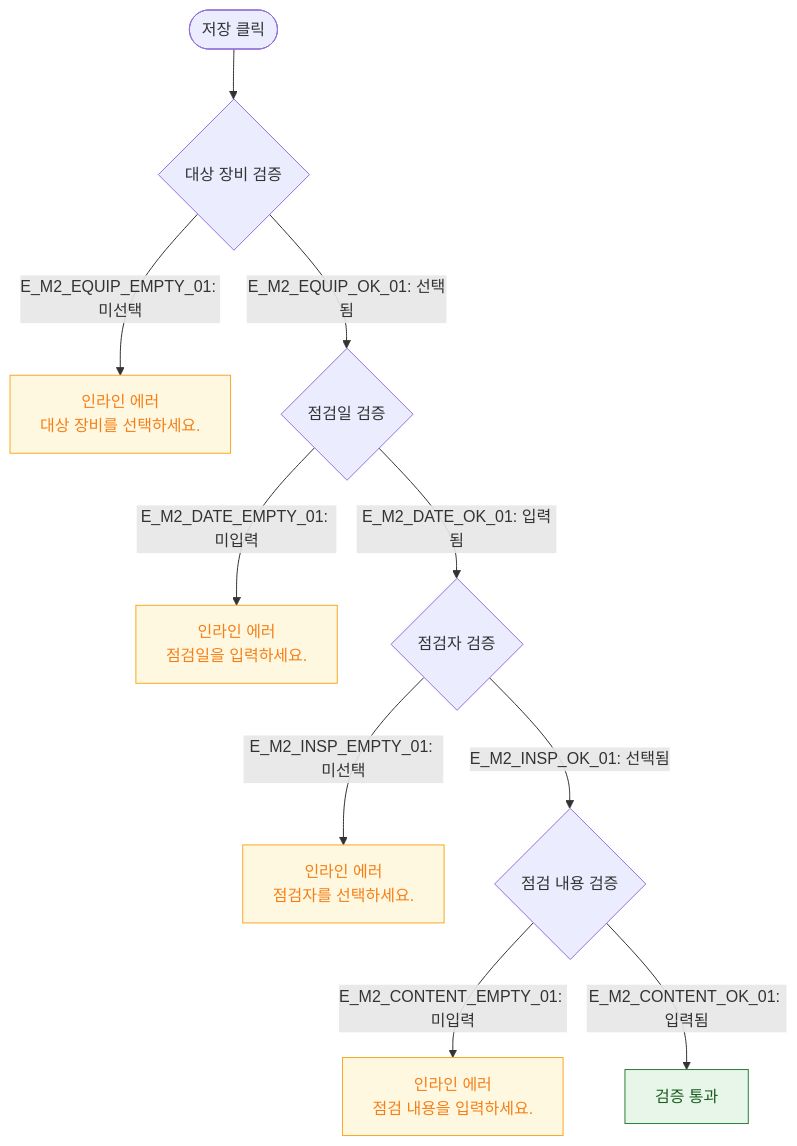
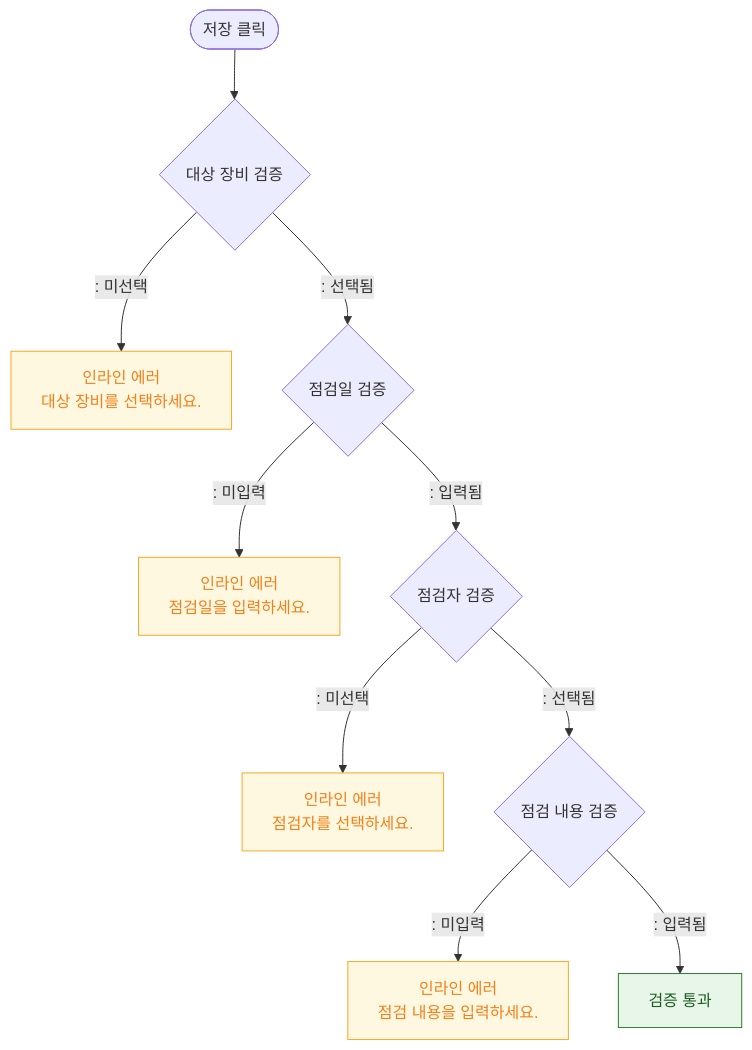
Before and after one commit to dev-spogym/admin-pando: the diagram in docs/다이어그램/D06_시설관리/DLG/DLG-056-002_점검등록/M2_필드검증.md, drawn with Mermaid. The commit also changed other lines of this file and 1660 other files, not shown here.

First line of the commit message:
다이어그램: 기획자/클라이언트 납품본으로 정리

````diff
--- a/docs/다이어그램/D06_시설관리/DLG/DLG-056-002_점검등록/M2_필드검증.md
+++ b/docs/다이어그램/D06_시설관리/DLG/DLG-056-002_점검등록/M2_필드검증.md
@@ -16,17 +14,17 @@
 ```mermaid
 flowchart TD
     SUBMIT([저장 클릭]) --> V1{대상 장비 검증}
-    V1 -->|"E_M2_EQUIP_EMPTY_01: 미선택"| ErrEquip[인라인 에러\n대상 장비를 선택하세요.]
-    V1 -->|"E_M2_EQUIP_OK_01: 선택됨"| V2{점검일 검증}
-    V2 -->|"E_M2_DATE_EMPTY_01: 미입력"| ErrDate[인라인 에러\n점검일을 입력하세요.]
-    V2 -->|"E_M2_DATE_OK_01: 입력됨"| V3{점검자 검증}
-    V3 -->|"E_M2_INSP_EMPTY_01: 미선택"| ErrInsp[인라인 에러\n점검자를 선택하세요.]
-    V3 -->|"E_M2_INSP_OK_01: 선택됨"| V4{점검 내용 검증}
-    V4 -->|"E_M2_CONTENT_EMPTY_01: 미입력"| ErrContent[인라인 에러\n점검 내용을 입력하세요.]
-    V4 -->|"E_M2_CONTENT_OK_01: 입력됨"| PASS[검증 통과]
+    V1 -->|": 미선택"|ErrEquip[인라인 에러\n대상 장비를 선택하세요.]
+    V1 -->|": 선택됨"|V2{점검일 검증}
+    V2 -->|": 미입력"|ErrDate[인라인 에러\n점검일을 입력하세요.]
+    V2 -->|": 입력됨"|V3{점검자 검증}
+    V3 -->|": 미선택"|ErrInsp[인라인 에러\n점검자를 선택하세요.]
+    V3 -->|": 선택됨"|V4{점검 내용 검증}
+    V4 -->|": 미입력"|ErrContent[인라인 에러\n점검 내용을 입력하세요.]
+    V4 -->|": 입력됨"|PASS[검증 통과]
 
     classDef warning fill:#FFF8E1,stroke:#F9A825,color:#F57F17
     classDef success fill:#E8F5E9,stroke:#2E7D32,color:#1B5E20
     class ErrEquip,ErrDate,ErrInsp,ErrContent warning
     class PASS success
 ```
````
